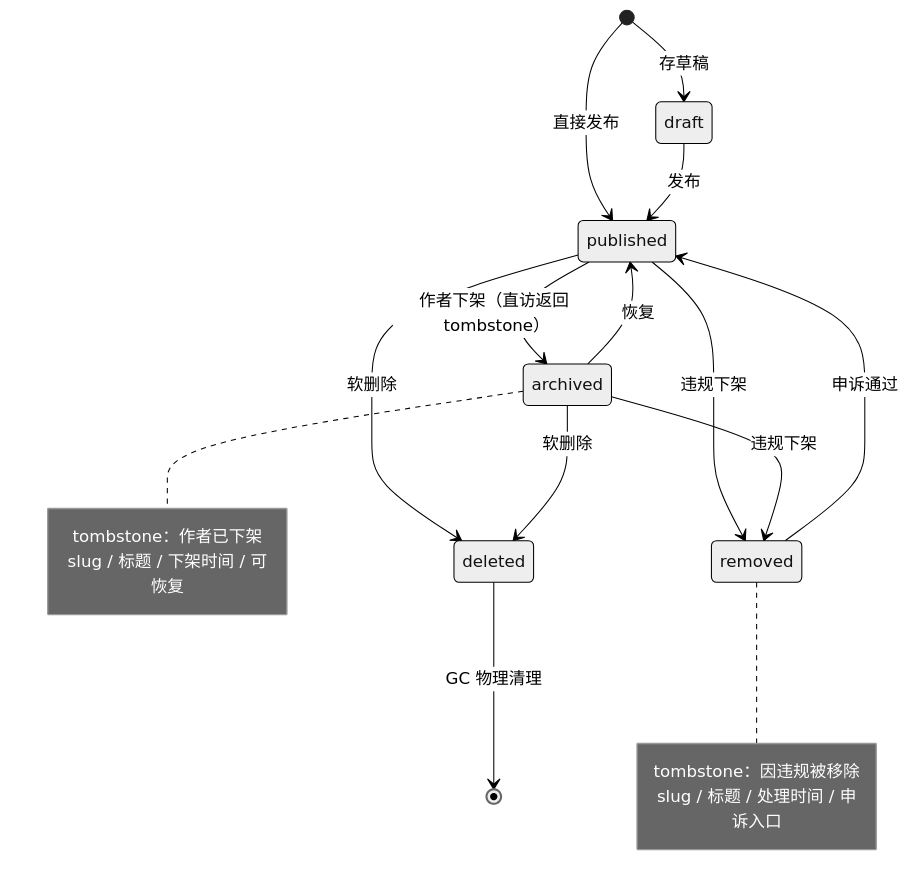
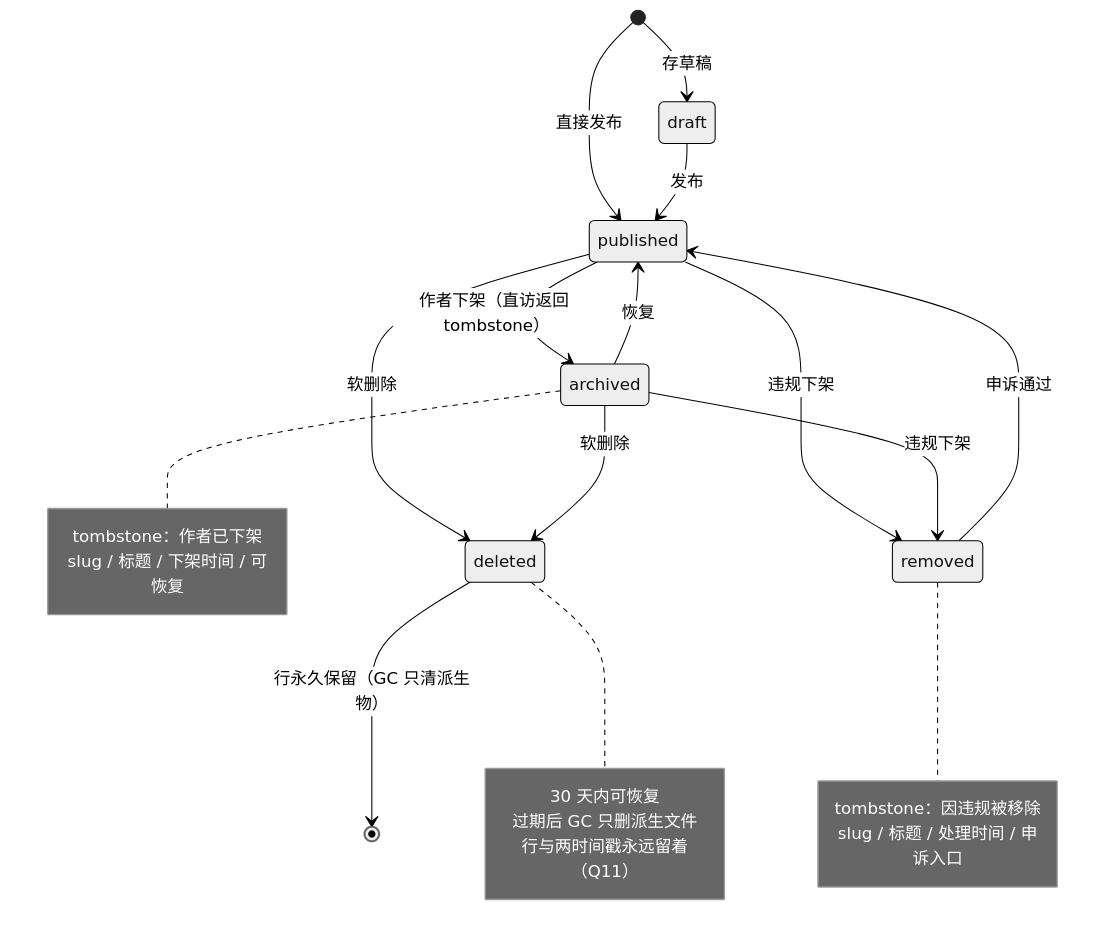
Before and after one commit to deepdemos/ds-demos-showcase: the eighth of 16 diagrams in docs/Demo域设计.md, drawn with Mermaid (neutral theme). The commit also changed other lines of this file and 8 other files, not shown here.

````diff
--- a/docs/Demo域设计.md
+++ b/docs/Demo域设计.md
@@ -700,22 +715,27 @@
 ```mermaid
 stateDiagram-v2
     [*] --> draft: 存草稿
     [*] --> published: 直接发布
     draft --> published: 发布
     published --> archived: 作者下架（直访返回 tombstone）
     archived --> published: 恢复
     published --> removed: 违规下架
     archived --> removed: 违规下架
     removed --> published: 申诉通过
     published --> deleted: 软删除
     archived --> deleted: 软删除
-    deleted --> [*]: GC 物理清理
+    deleted --> [*]: 行永久保留（GC 只清派生物）
+    note right of deleted
+        30 天内可恢复
+        过期后 GC 只删派生文件
+        行与两时间戳永远留着（Q11）
+    end note
     note right of archived
         tombstone：作者已下架
         slug / 标题 / 下架时间 / 可恢复
     end note
     note right of removed
         tombstone：因违规被移除
         slug / 标题 / 处理时间 / 申诉入口
     end note
 ```
````
